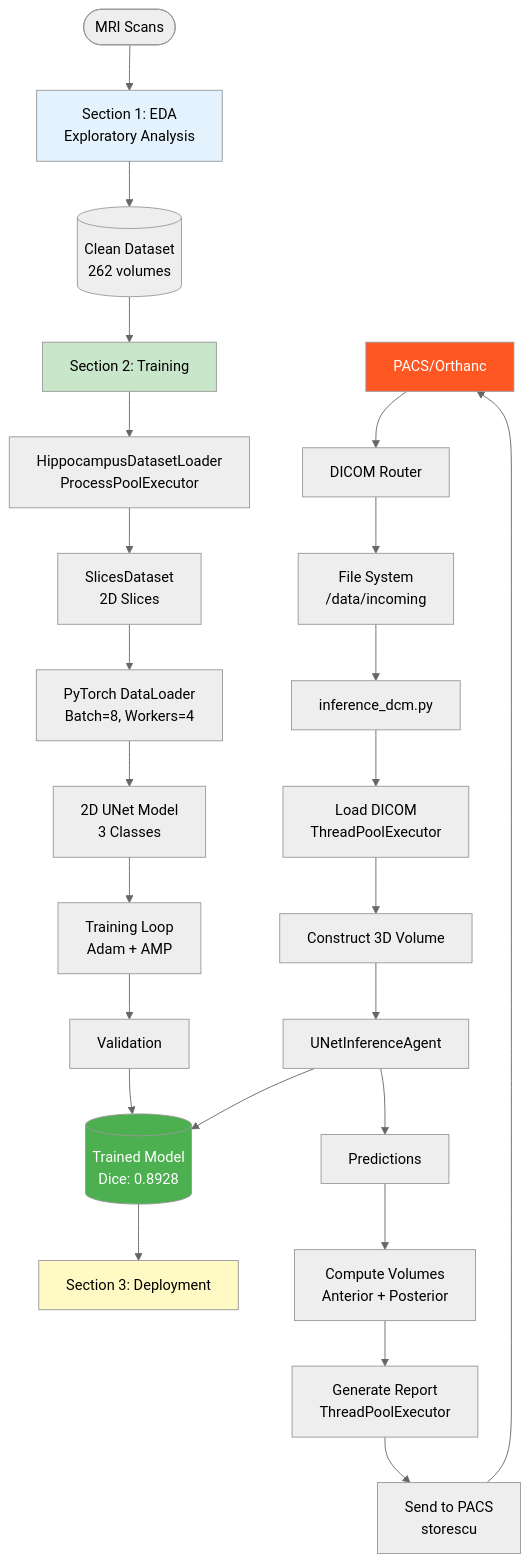
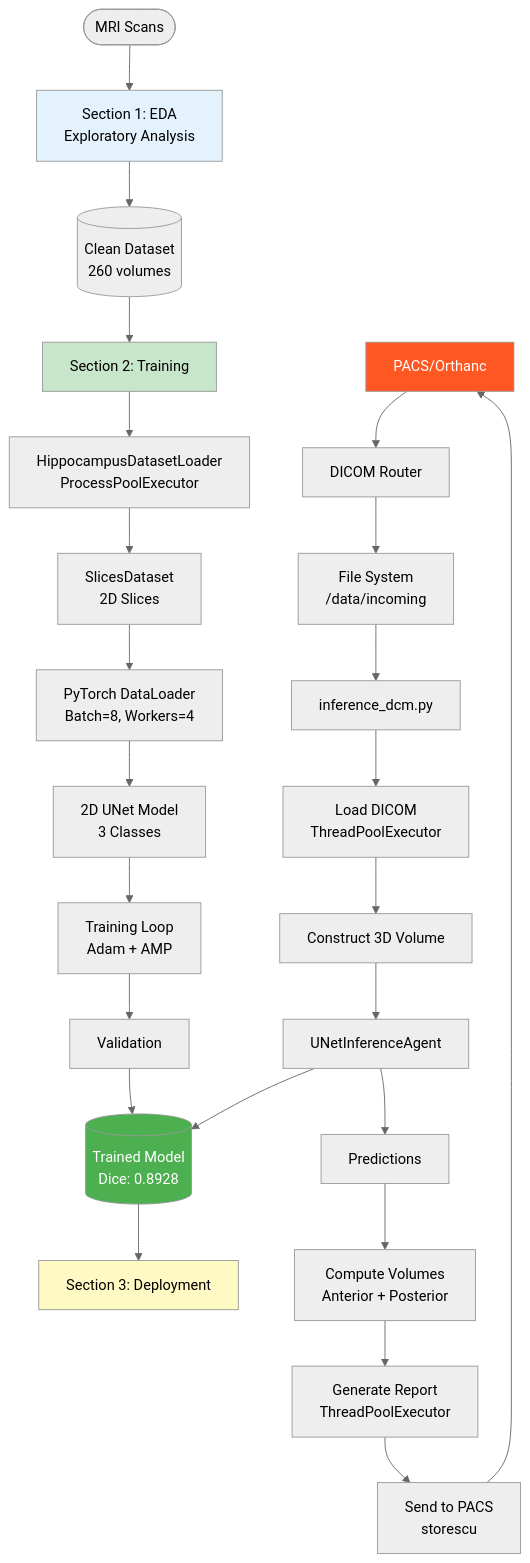
Before and after one commit to polarbeargo/nd320-c3-3d-imaging-starter: the first of 12 diagrams in README.md, drawn with Mermaid (neutral theme). The commit also changed other lines of this file, not shown here.

````diff
--- a/README.md
+++ b/README.md
@@ -175,35 +175,35 @@
 ```mermaid
 flowchart TD
     Start([MRI Scans]) --> EDA[Section 1: EDA<br/>Exploratory Analysis]
-    EDA --> Clean[(Clean Dataset<br/>262 volumes)]
+    EDA --> Clean[(Clean Dataset<br/>260 volumes)]
     
     Clean --> Train[Section 2: Training]
     Train --> Load[HippocampusDatasetLoader<br/>ProcessPoolExecutor]
     Load --> Slice[SlicesDataset<br/>2D Slices]
     Slice --> DataLoader[PyTorch DataLoader<br/>Batch=8, Workers=4]
     DataLoader --> UNet[2D UNet Model<br/>3 Classes]
     UNet --> Optimize[Training Loop<br/>Adam + AMP]
     Optimize --> Val[Validation]
     Val --> Model[(Trained Model<br/>Dice: 0.8928)]
     
     Model --> Deploy[Section 3: Deployment]
     PACS[PACS/Orthanc] --> Router[DICOM Router]
     Router --> Incoming["File System<br/>/data/incoming"]
     Incoming --> InfScript[inference_dcm.py]
     
     InfScript --> LoadDCM[Load DICOM<br/>ThreadPoolExecutor]
     LoadDCM --> Construct[Construct 3D Volume]
     Construct --> Agent[UNetInferenceAgent]
     Agent --> Model
     Agent --> Predict[Predictions]
     Predict --> Volumes[Compute Volumes<br/>Anterior + Posterior]
     Volumes --> Report[Generate Report<br/>ThreadPoolExecutor]
     Report --> SendPACS[Send to PACS<br/>storescu]
     SendPACS --> PACS
     
     style EDA fill:#E3F2FD
     style Train fill:#C8E6C9
     style Deploy fill:#FFF9C4
     style Model fill:#4CAF50,color:#fff
     style PACS fill:#FF5722,color:#fff
 ```
````
